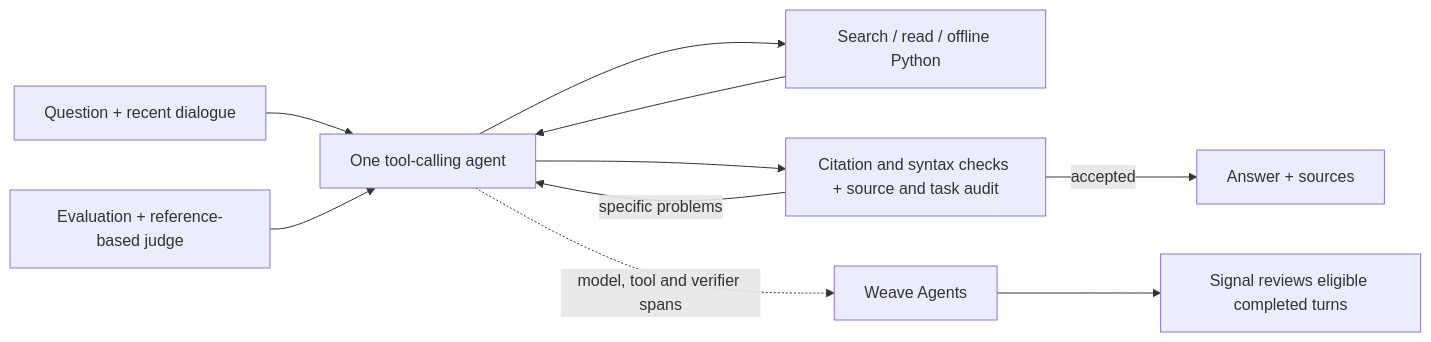
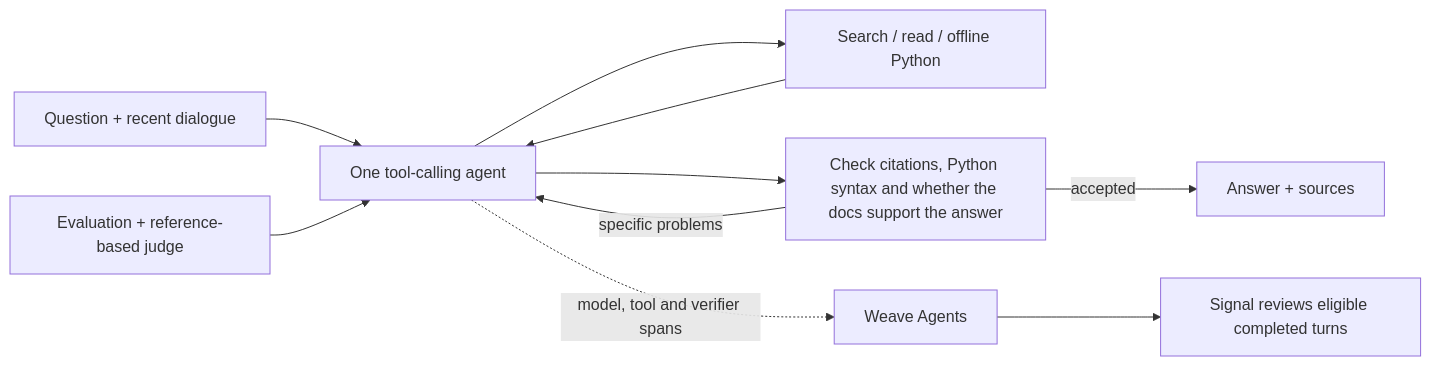
The diagram in README.md (devsodhirao/coreweaving), drawn with Mermaid before and after one commit. The commit also changed other lines of this file and 300 other files, not shown here.

````diff
--- a/README.md
+++ b/README.md
@@ -36,12 +36,12 @@
 ```mermaid
 flowchart LR
     Q[Question + recent dialogue] --> A[One tool-calling agent]
     A --> T[Search / read / offline Python]
     T --> A
-    A --> V[Citation and syntax checks + source and task audit]
+    A --> V[Check citations, Python syntax and whether the docs support the answer]
     V -->|specific problems| A
     V -->|accepted| U[Answer + sources]
     A -. model, tool and verifier spans .-> W[Weave Agents]
     E[Evaluation + reference-based judge] --> A
     W --> S[Signal reviews eligible completed turns]
 ```
````
